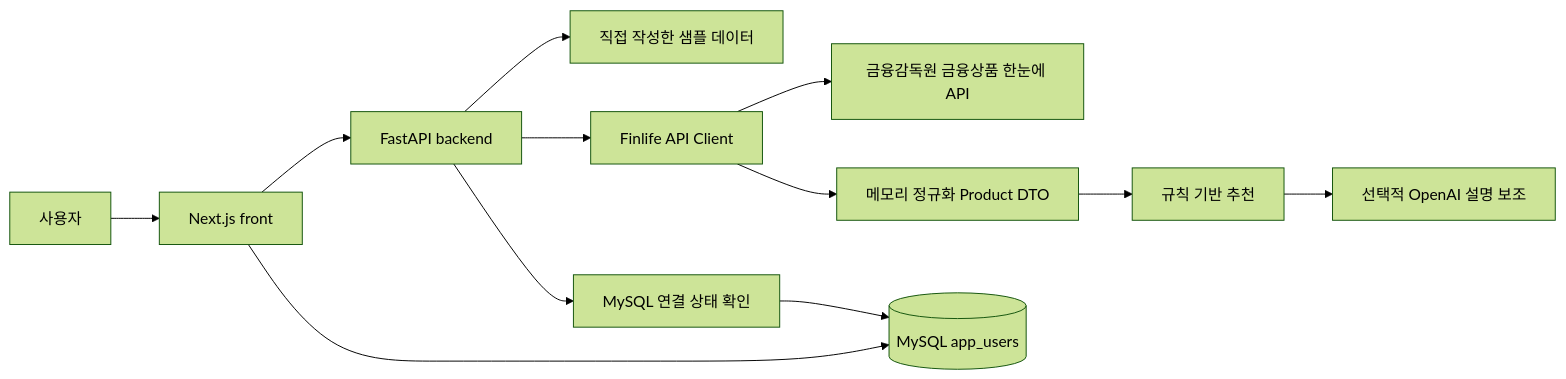
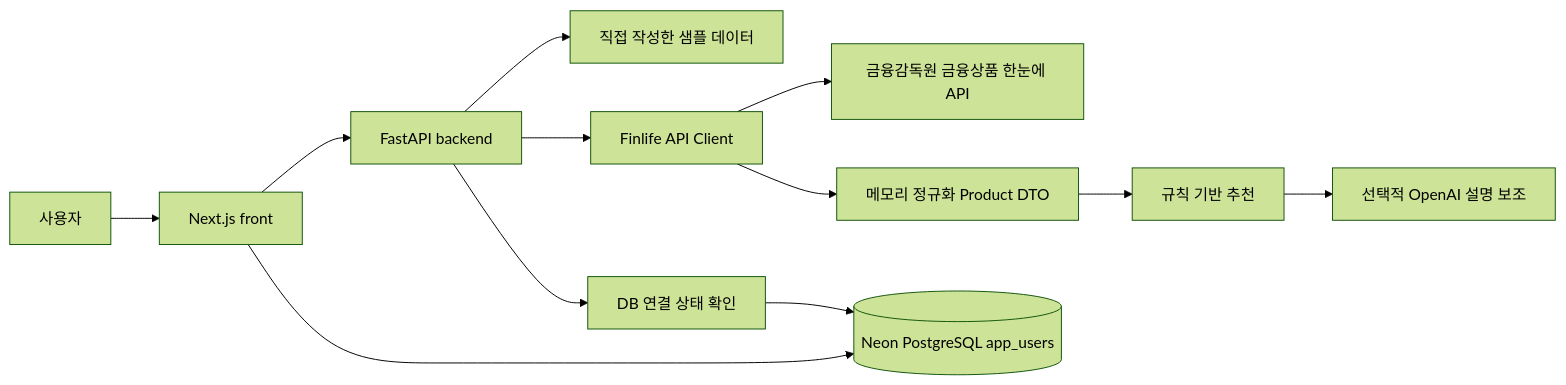
One commit to Youngs-Note/finance-Airecommend changed the diagram in docs/architecture.md. Above: the diagram before and after it, drawn with Mermaid (forest theme). The commit also changed other lines of this file and 27 other files, not shown here.

First line of the commit message:
feat: migrate database from MySQL to Neon PostgreSQL

````diff
--- a/docs/architecture.md
+++ b/docs/architecture.md
@@ -5,14 +5,14 @@
 ```mermaid
 flowchart LR
   U[사용자] --> N[Next.js front]
   N --> F[FastAPI backend]
-  N --> D[(MySQL app_users)]
+  N --> D[(Neon PostgreSQL app_users)]
   F --> S[직접 작성한 샘플 데이터]
   F --> L[Finlife API Client]
   L --> A[금융감독원 금융상품 한눈에 API]
   L --> M[메모리 정규화 Product DTO]
   M --> R[규칙 기반 추천]
   R --> O[선택적 OpenAI 설명 보조]
-  F --> H[MySQL 연결 상태 확인]
+  F --> H[DB 연결 상태 확인]
   H --> D
 ```
````
